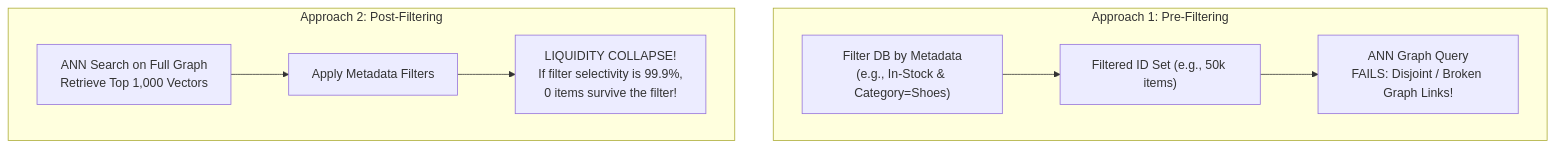
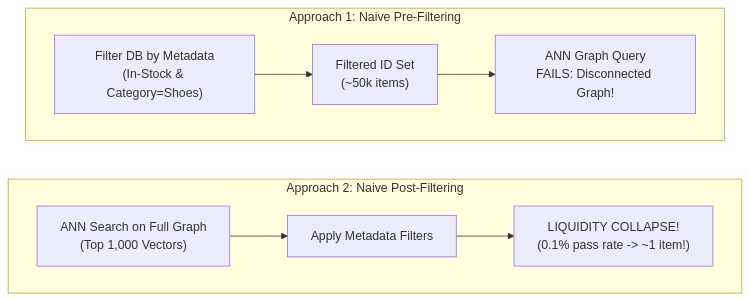
One commit to jyotipmahes/ML-Interview-Prep changed the tenth of 18 diagrams in System_Design/01_Recommendation_Systems/Part_1_Retrieval_and_Candidate_Generation.md. Above: the diagram before and after it, drawn with Mermaid. The commit also changed other lines of this file, not shown here.

````diff
--- a/System_Design/01_Recommendation_Systems/Part_1_Retrieval_and_Candidate_Generation.md
+++ b/System_Design/01_Recommendation_Systems/Part_1_Retrieval_and_Candidate_Generation.md
@@ -621,12 +735,16 @@
 ```mermaid
 flowchart TD
-    subgraph PreFilter ["Approach 1: Pre-Filtering"]
-        P1["Filter DB by Metadata<br/>(e.g., In-Stock & Category=Shoes)"] --> P2["Filtered ID Set (e.g., 50k items)"]
-        P2 --> P3["ANN Graph Query<br/>FAILS: Disjoint / Broken Graph Links!"]
+    subgraph PreFilter ["Approach 1: Naive Pre-Filtering"]
+        direction LR
+        P1["Filter DB by Metadata<br/>(In-Stock & Category=Shoes)"] --> P2["Filtered ID Set<br/>(~50k items)"]
+        P2 --> P3["ANN Graph Query<br/>FAILS: Disconnected Graph!"]
     end
 
-    subgraph PostFilter ["Approach 2: Post-Filtering"]
-        Q1["ANN Search on Full Graph<br/>Retrieve Top 1,000 Vectors"] --> Q2["Apply Metadata Filters"]
-        Q2 --> Q3["LIQUIDITY COLLAPSE!<br/>If filter selectivity is 99.9%,<br/>0 items survive the filter!"]
+    subgraph PostFilter ["Approach 2: Naive Post-Filtering"]
+        direction LR
+        Q1["ANN Search on Full Graph<br/>(Top 1,000 Vectors)"] --> Q2["Apply Metadata Filters"]
+        Q2 --> Q3["LIQUIDITY COLLAPSE!<br/>(0.1% pass rate -> ~1 item!)"]
     end
+
+    PreFilter ~~~ PostFilter
 ```
````
